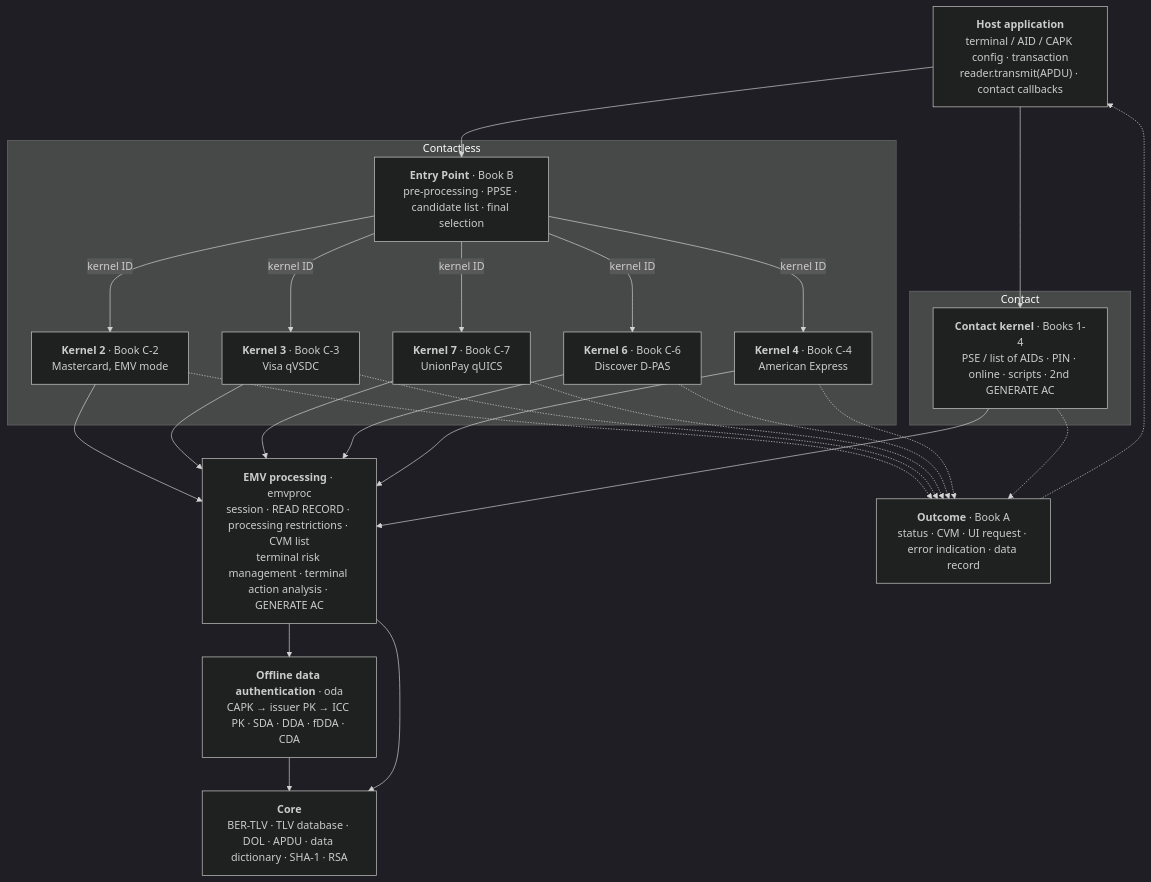
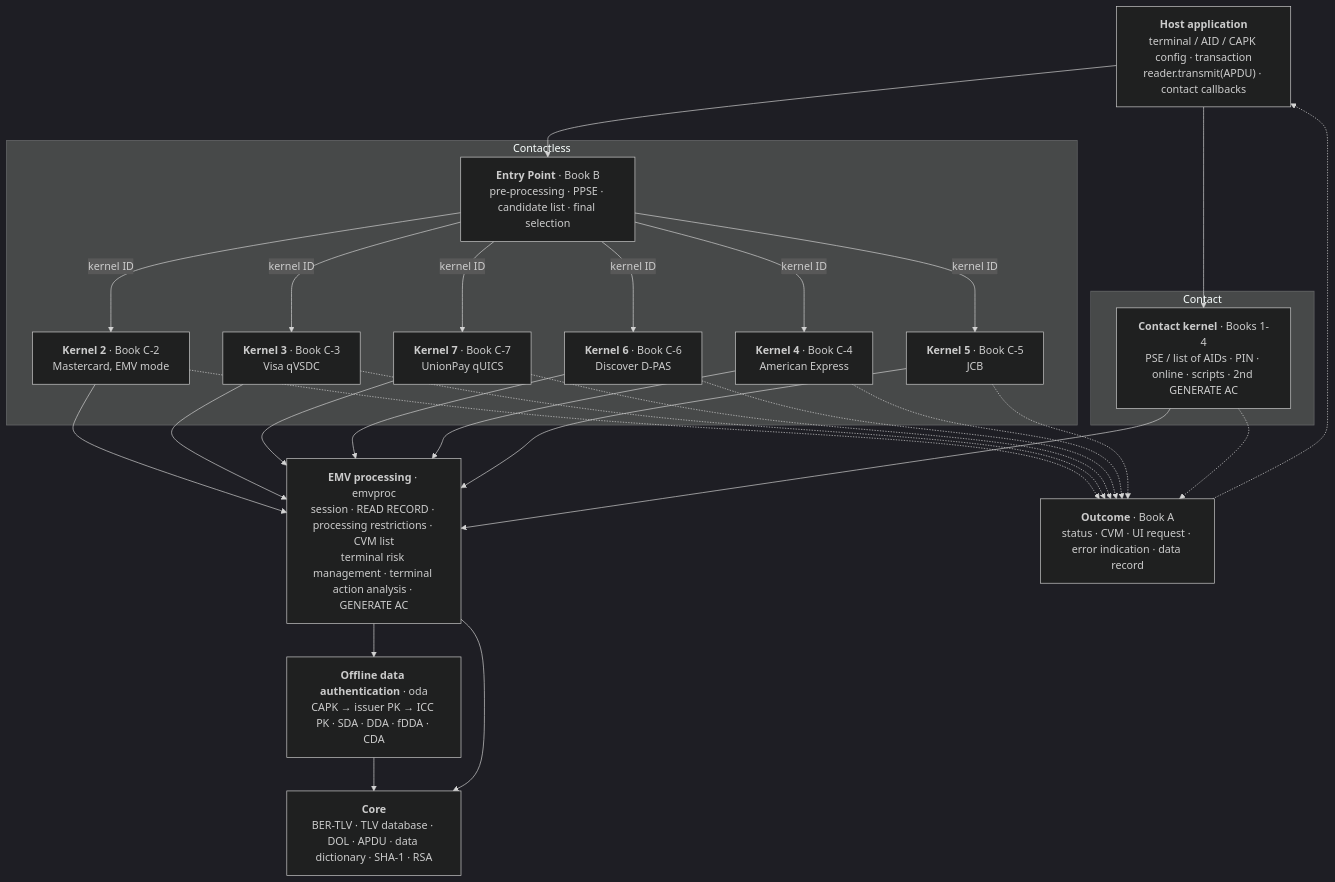
Before and after one commit to xichuanxc/openpaykernel: the first of 9 diagrams in README.md, drawn with Mermaid (dark theme). The commit also changed other lines of this file and 60 other files, not shown here.

````diff
--- a/README.md
+++ b/README.md
@@ -36,46 +37,50 @@
 ```mermaid
 flowchart TB
     host["<b>Host application</b><br/>terminal / AID / CAPK config · transaction<br/>reader.transmit(APDU) · contact callbacks"]
 
     subgraph CL["Contactless"]
         ep["<b>Entry Point</b> · Book B<br/>pre-processing · PPSE · candidate list · final selection"]
         k2["<b>Kernel 2</b> · Book C-2<br/>Mastercard, EMV mode"]
         k3["<b>Kernel 3</b> · Book C-3<br/>Visa qVSDC"]
         k7["<b>Kernel 7</b> · Book C-7<br/>UnionPay qUICS"]
         k6["<b>Kernel 6</b> · Book C-6<br/>Discover D-PAS"]
         k4["<b>Kernel 4</b> · Book C-4<br/>American Express"]
+        k5["<b>Kernel 5</b> · Book C-5<br/>JCB"]
     end
 
     subgraph CT["Contact"]
         ck["<b>Contact kernel</b> · Books 1-4<br/>PSE / list of AIDs · PIN · online · scripts · 2nd GENERATE AC"]
     end
 
     proc["<b>EMV processing</b> · emvproc<br/>session · READ RECORD · processing restrictions · CVM list<br/>terminal risk management · terminal action analysis · GENERATE AC"]
     oda["<b>Offline data authentication</b> · oda<br/>CAPK → issuer PK → ICC PK · SDA · DDA · fDDA · CDA"]
     core["<b>Core</b><br/>BER-TLV · TLV database · DOL · APDU · data dictionary · SHA-1 · RSA"]
     out["<b>Outcome</b> · Book A<br/>status · CVM · UI request · error indication · data record"]
 
     host --> ep
     host --> ck
     ep -- "kernel ID" --> k2
     ep -- "kernel ID" --> k3
     ep -- "kernel ID" --> k7
     ep -- "kernel ID" --> k6
     ep -- "kernel ID" --> k4
+    ep -- "kernel ID" --> k5
     k2 --> proc
     k3 --> proc
     k7 --> proc
     k6 --> proc
     k4 --> proc
+    k5 --> proc
     ck --> proc
     proc --> oda
     oda --> core
     proc --> core
     k2 -.-> out
     k3 -.-> out
     k7 -.-> out
     k6 -.-> out
     k4 -.-> out
+    k5 -.-> out
     ck -.-> out
     out -.-> host
 ```
````
